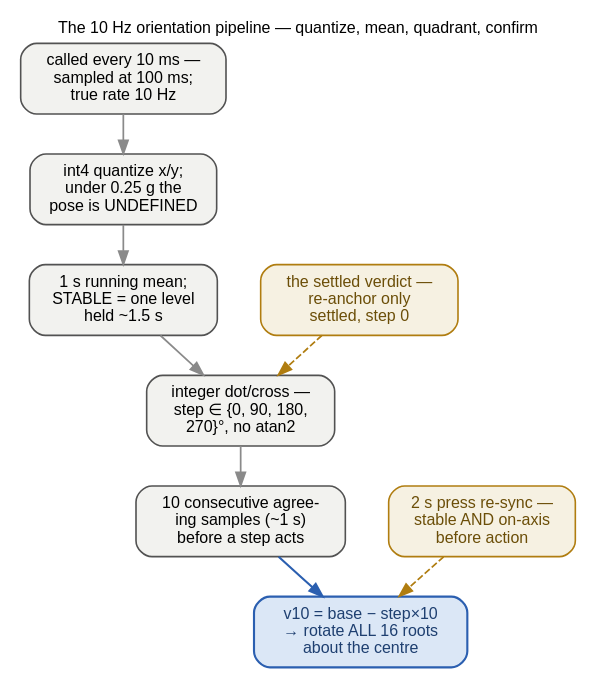
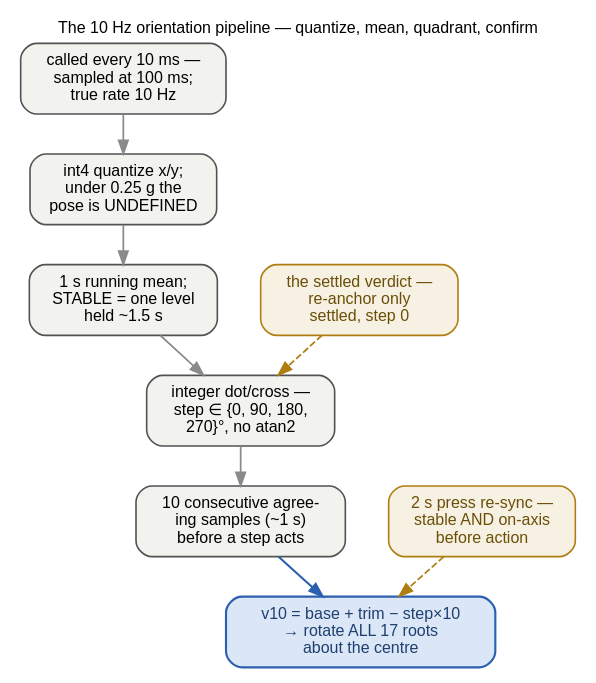
One commit to ukos-git/moon-clock-esp changed the diagram in docs/_graphs/tilt-pipeline-orient.dot. Above: the diagram before and after it, drawn with Graphviz. The commit also changed 44 other files, not shown here.

First line of the commit message:
feat(ui): the wall-mount base-angle trim joins the family (17th screen), 30-min alarm cap

```diff
--- a/docs/_graphs/tilt-pipeline-orient.dot
+++ b/docs/_graphs/tilt-pipeline-orient.dot
@@ -1,75 +1,77 @@
 // Consumer B — the 90° orientation pipeline (actions.c; 10 Hz;
 // verified before drawing):
 //   screen_orientation_apply is called EVERY UI tick (10 ms awake)
 //   but samples only through the 100 ms gate (ORI_SAMPLE_MS) ->
 //   10 Hz; the tilt monitor's own 1 Hz timer does NOT feed this
 //   consumer.
 //   int4 quantization (ORI_Q_SCALE 8 — 1 level = 1/8 g, clamped
 //   +/-1 g) of x/y; flat gate: |g_xy| < 0.25 g leaves the in-plane
 //   pose UNDEFINED — last orientation, window and reference all
 //   frozen.
 //   1 s running mean (ORI_WINDOW 10) is the 1 Hz low-pass; STABLE =
 //   the filtered mean holds within ONE int4 level for
 //   ORI_STABLE_SAMPLES 15 (~1.5 s) — the home anchor may seed and
 //   re-anchor only on a stable pose.
 //   integer dot/cross quadrant (no atan2, no floats in the decision)
 //   -> step in {0, 90, 180, 270} deg CW-positive; the step is
 //   decided BEFORE the reference re-tracks, and re-tracking happens
 //   only while SETTLED and step == 0 — the fast 180 flip cannot adopt
 //   its transient pose as home (the "clock woke up sideways" bug
 //   class).
 //   sustained confirmation: the step must be produced by ORI_WINDOW
 //   (10) consecutive samples (~1 s) before it applies — a single
 //   transient or I2C glitch is diluted out; a deliberate move costs
 //   at most ~1 s of latency.
-//   v10 = ORI_BASE_V10 - step x 10 (sign flipped by
-//   UI_CLOCK_ROLL_SIGN; base 900 = +90 deg if BOARD_P4, else 1800 =
-//   +180 deg — the panel-mount offset); ori_apply_v10 pushes LVGL
-//   transform_rotation to ALL 16 screen roots, pivot centre; the
+//   v10 = (ORI_BASE_V10 + s_user_base_v10) - step x 10 (sign flipped
+//   by UI_CLOCK_ROLL_SIGN; base 900 = +90 deg if BOARD_P4, else 1800
+//   = +180 deg — the panel-mount offset; s_user_base_v10 the
+//   persisted wall-mount trim display_rotation_deg x 10, the Settings
+//   display slider); ori_apply_v10 pushes LVGL
+//   transform_rotation to ALL 17 screen roots, pivot centre; the
 //   rotated root's layer is panel-sized RGB565 (~0.4 MB @466,
 //   ~1.0 MB @720) from the CLIB malloc -> PSRAM (the 64 KB LVGL pool
 //   cannot hold it); hit test inverse-maps through the transform,
 //   step 0 = direct draw, zero cost.
 //   the 2 s press re-sync — PRESSED stamps, RELEASED at >= 2000 ms
 //   asks for it (action_register_orientation_touch); ACTIONED only if
 //   stable AND on-axis (|dot|^2 >= 3|cross|^2 — the 2026-10-30
 //   "flipping does not reliably work" fix: a palm released mid-flip
 //   is dropped); re-anchors home and pushes the base orientation.
 // Consumer C (the orbit) stays in the sealed overview — its OFF-by-
 // default verdict is in the overview's caption. The settled verdict
 // comes from tilt-pipeline-monitor.dot; the sealed version is
 // tilt-pipeline.dot.
 // FONTS: 12 pt = the page's 16 px body text at 1:1 — kept inside the
 // content column.
 // Rendered inline as SVG by sphinx.ext.graphviz (dot on PATH).
 digraph tilt_pipeline_orient {
     rankdir=TB;
     label="The 10 Hz orientation pipeline — quantize, mean, quadrant, confirm";
     labelloc="t"; labeljust="c";
     fontname="Helvetica"; fontsize=12;
     graph [nodesep=0.45, ranksep=0.42];
     node [fontname="Helvetica", fontsize=12, shape=box, style="rounded,filled",
           width=0, height=0, margin="0.16,0.10", fillcolor="#f2f2ef",
           color="#525252", penwidth=1.2];
     edge [fontname="Helvetica", fontsize=12, color="#8a8a8a", penwidth=1.3];
 
     gate [label="called every 10 ms —\nsampled at 100 ms;\ntrue rate 10 Hz"];
     quant [label="int4 quantize x/y;\nunder 0.25 g the\npose is UNDEFINED"];
     win [label="1 s running mean;\nSTABLE = one level\nheld ~1.5 s"];
     quad [label="integer dot/cross —\nstep ∈ {0, 90, 180,\n270}°, no atan2"];
     conf [label="10 consecutive agree-\ning samples (~1 s)\nbefore a step acts"];
-    apply [label="v10 = base − step×10\n→ rotate ALL 16 roots\nabout the centre",
+    apply [label="v10 = base + trim − step×10\n→ rotate ALL 17 roots\nabout the centre",
            fillcolor="#dbe7f6", color="#2b5fb0", fontcolor="#1e3f70", penwidth=1.6];
     resync [label="2 s press re-sync —\nstable AND on-axis\nbefore action",
             fillcolor="#f6f1e2", color="#b07d10", fontcolor="#6b4e08"];
     settled [label="the settled verdict —\nre-anchor only\nsettled, step 0",
              fillcolor="#f6f1e2", color="#b07d10", fontcolor="#6b4e08"];
 
     gate -> quant;
     quant -> win;
     win -> quad;
     quad -> conf;
     conf -> apply [color="#2b5fb0", penwidth=1.6];
     settled -> quad [style=dashed, color="#b07d10"];
     resync -> apply [style=dashed, color="#b07d10"];
 }
```
